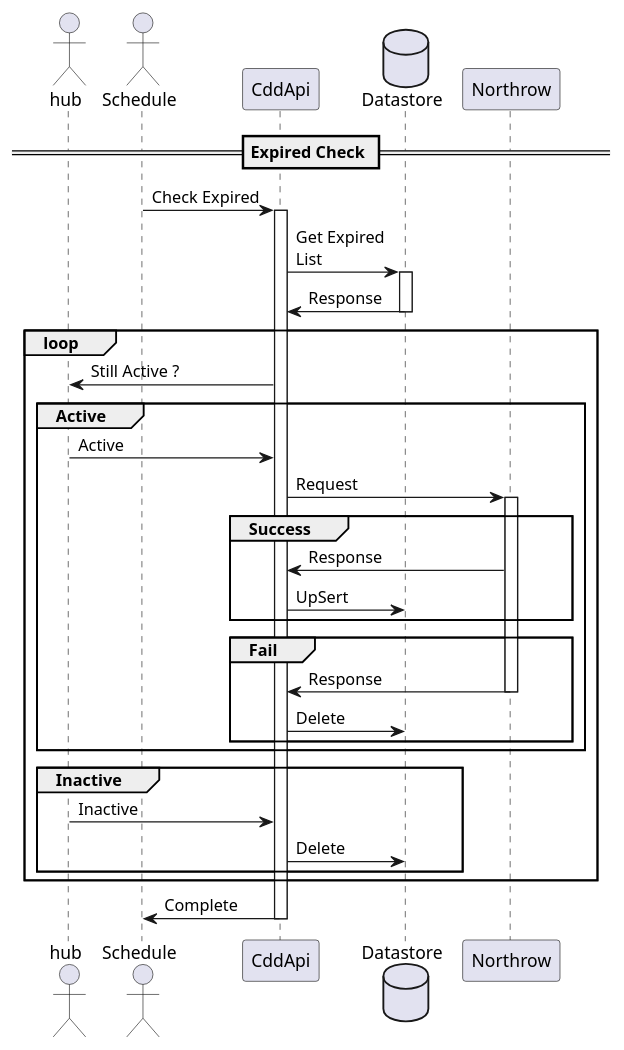
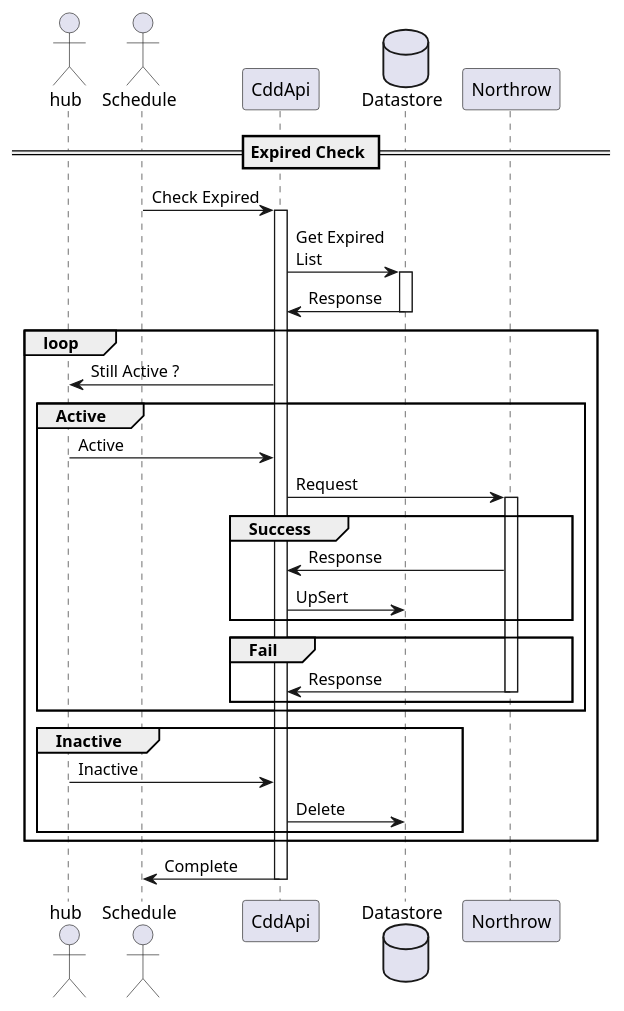
The diagram in assets/C4/CDD-ServiceProcessExpired.puml (Kf-GaryNewport/Kf-GaryNewport.github.io), drawn with PlantUML before and after one commit. The commit also changed 1 other file, not shown here.

```diff
--- a/assets/C4/CDD-ServiceProcessExpired.puml
+++ b/assets/C4/CDD-ServiceProcessExpired.puml
@@ -1,48 +1,47 @@
 @startuml CDD-ServiceProcess
 
 ' left to right direction
 hide empty description
 
 actor hub
 actor Schedule
 participant  CddApi
 database Datastore
 
 == Expired Check ==
 
 Schedule -> CddApi : Check Expired
 activate CddApi
 CddApi -> Datastore : Get Expired\nList
 activate Datastore
 
 CddApi <- Datastore : Response
 deactivate Datastore
 loop
     CddApi -> hub: Still Active ?
 
     group Active
         CddApi <- hub: Active
         CddApi -> Northrow : Request
         activate Northrow
         group Success
             CddApi <- Northrow : Response
 
             CddApi -> Datastore : UpSert
         end
         group Fail
             CddApi <- Northrow : Response
             deactivate Northrow
-            CddApi -> Datastore : Delete
         end
 
     end
     group Inactive
         CddApi <- hub: Inactive
         CddApi -> Datastore : Delete
     end
 end
 
 Schedule <- CddApi : Complete
 deactivate CddApi
 
 @enduml
```
